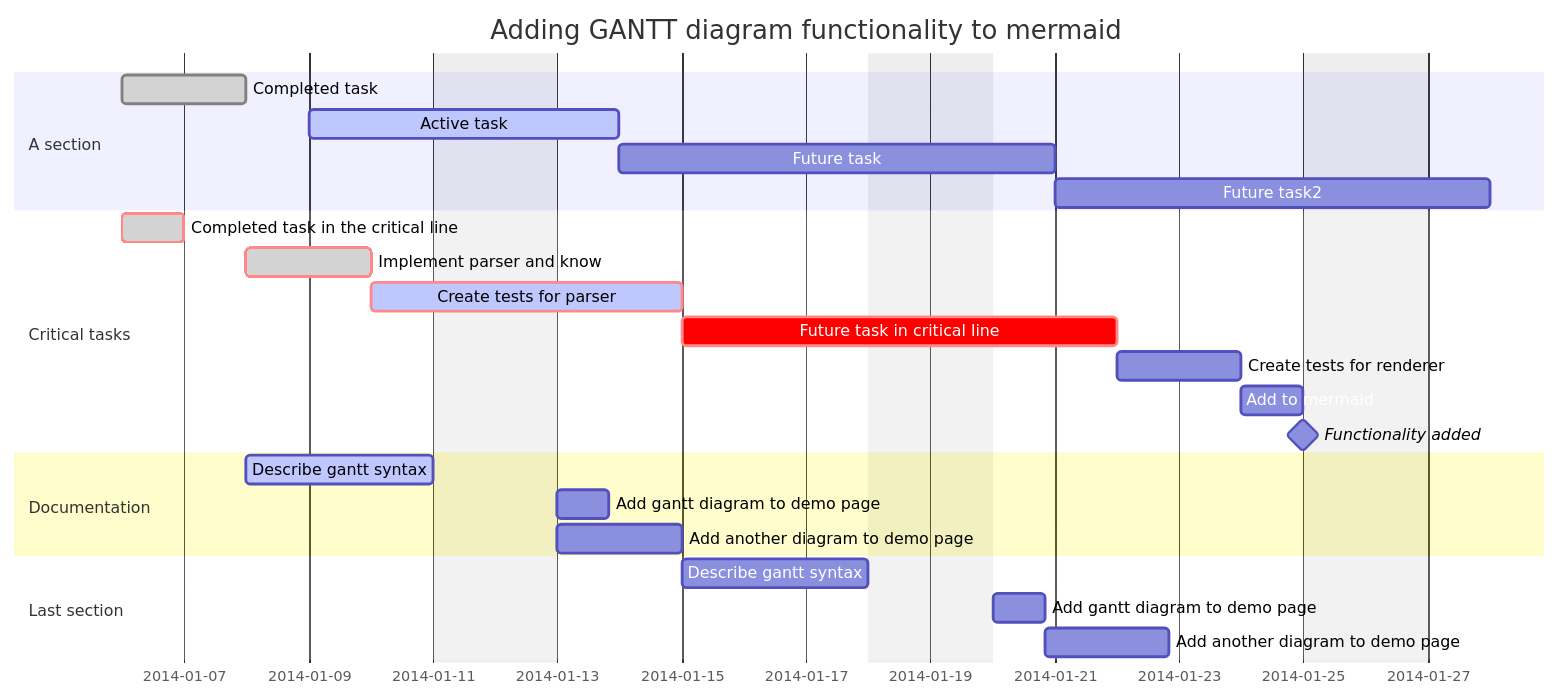
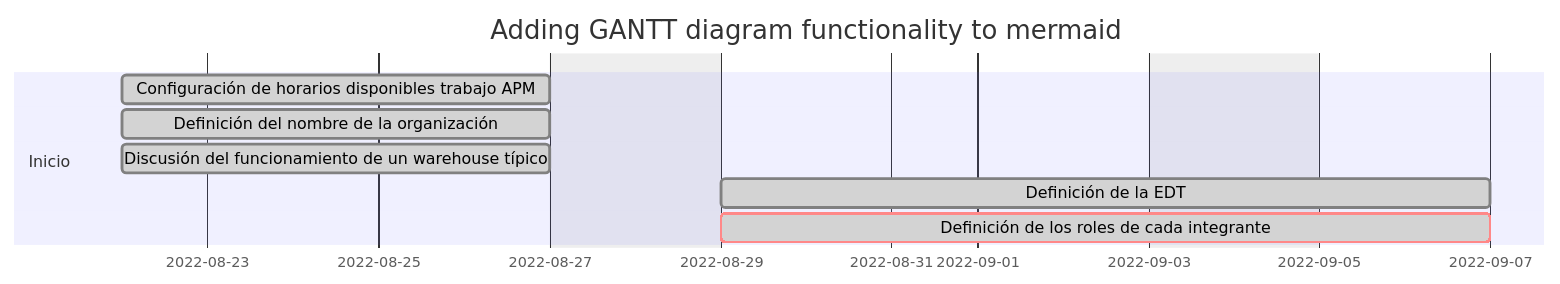
One commit to ART3CHAutomation/WarePatch changed the diagram in README.md. Above: the diagram before and after it, drawn with Mermaid. The commit also changed other lines of this file, not shown here.

Commit message:
primera versión del gantt

````diff
--- a/README.md
+++ b/README.md
@@ -6,32 +6,16 @@
 ```mermaid
 gantt
     dateFormat  YYYY-MM-DD
     title       Adding GANTT diagram functionality to mermaid
     excludes    weekends
     %% (`excludes` accepts specific dates in YYYY-MM-DD format, days of the week ("sunday") or "weekends", but not the word "weekdays".)
 
-    section A section
-    Completed task            :done,    des1, 2014-01-06,2014-01-08
-    Active task               :active,  des2, 2014-01-09, 3d
-    Future task               :         des3, after des2, 5d
-    Future task2              :         des4, after des3, 5d
+    section Inicio
+    Configuración de horarios disponibles trabajo APM            :done,    des1, 2022-08-22, 5d
+    Definición del nombre de la organización                     :done,    des2, 2022-08-22, 5d
+    Discusión del funcionamiento de un warehouse típico          :done,    des3, 2022-08-22, 5d
+    Definición de la EDT                                         :done,    after des1, 7d
+    Definición de los roles de cada integrante                   :crit, done,    after des1, 7d
 
-    section Critical tasks
-    Completed task in the critical line :crit, done, 2014-01-06,24h
-    Implement parser and know           :crit, done, after des1, 2d
-    Create tests for parser             :crit, active, 3d
-    Future task in critical line        :crit, 5d
-    Create tests for renderer           :2d
-    Add to mermaid                      :1d
-    Functionality added                 :milestone, 2014-01-25, 0d
 
-    section Documentation
-    Describe gantt syntax               :active, a1, after des1, 3d
-    Add gantt diagram to demo page      :after a1  , 20h
-    Add another diagram to demo page    :doc1, after a1  , 48h
-
-    section Last section
-    Describe gantt syntax               :after doc1, 3d
-    Add gantt diagram to demo page      :20h
-    Add another diagram to demo page    :48h
 ```
````
